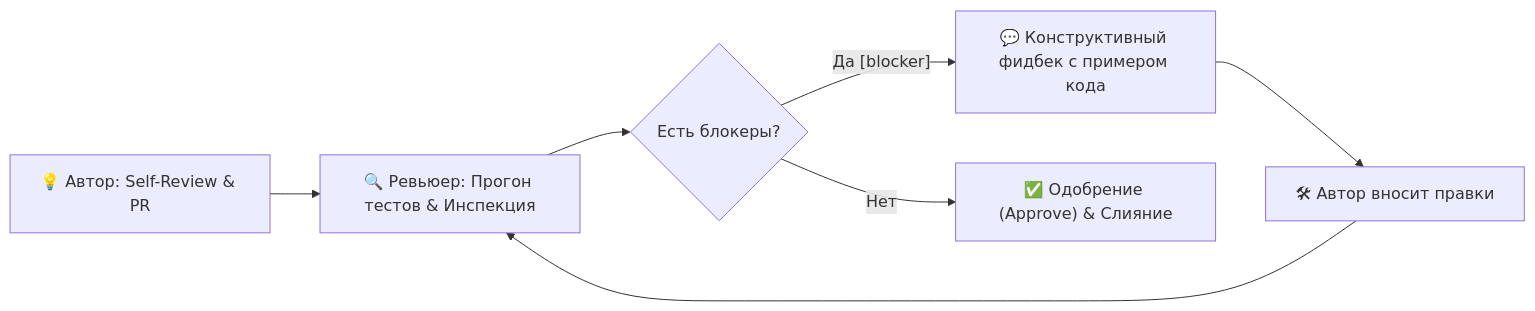
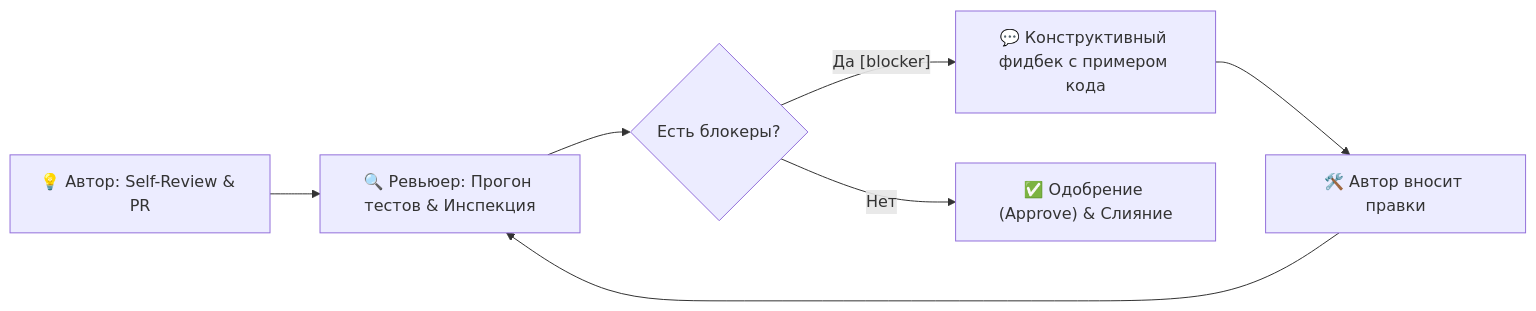
Before and after one commit to pendalf-code/quiz_u: the first of 2 diagrams in REVIEW_GUIDE.md, drawn with Mermaid. The commit also changed other lines of this file and 3 other files, not shown here.

````diff
--- a/REVIEW_GUIDE.md
+++ b/REVIEW_GUIDE.md
@@ -19,9 +19,9 @@
 ```mermaid
 flowchart LR
     A["💡 Автор: Self-Review & PR"] --> B["🔍 Ревьюер: Прогон тестов & Инспекция"]
     B --> C{"Есть блокеры?"}
     C -- "Да [blocker]" --> D["💬 Конструктивный фидбек с примером кода"]
-    D --> E["🛠 Автор вносит правки"]
+    D --> E["🛠️ Автор вносит правки"]
     E --> B
     C -- "Нет" --> F["✅ Одобрение (Approve) & Слияние"]
 ```
````
